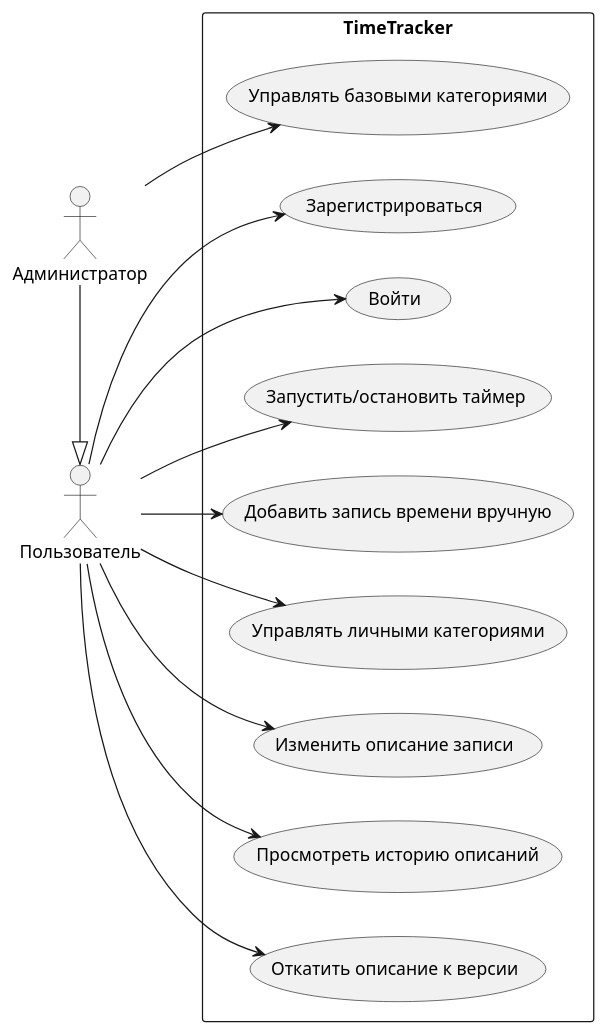
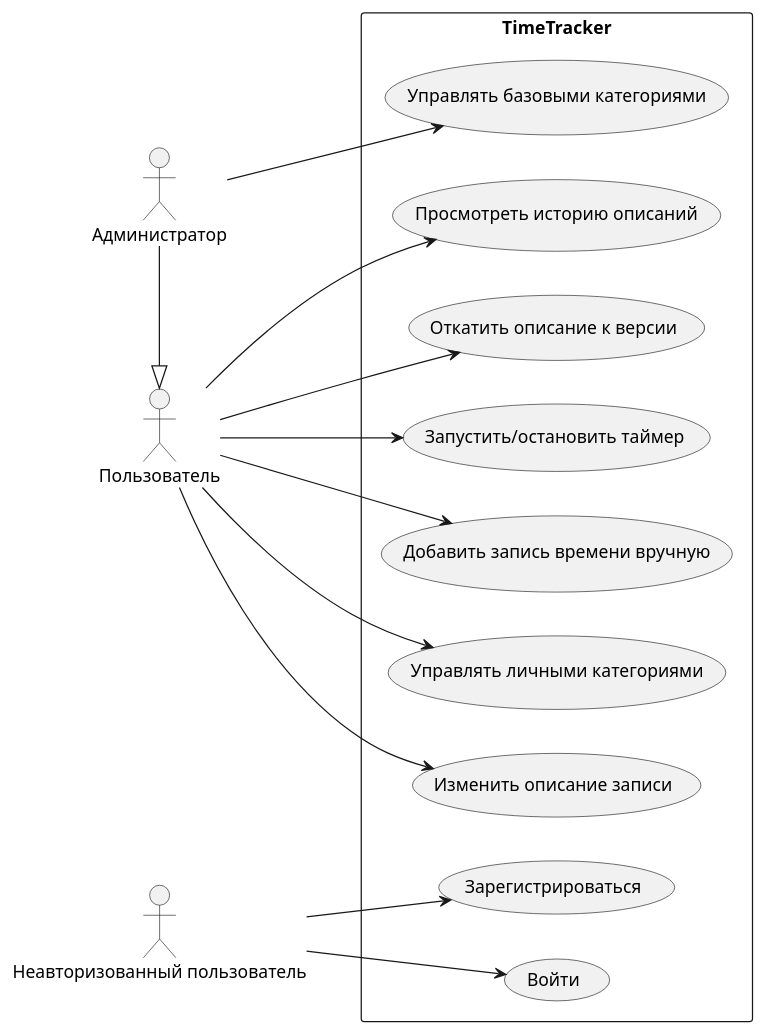
The diagram in docs/usecase.puml (da-fuu/IU7_7sem_Web), drawn with PlantUML before and after one commit. The commit also changed 15 other files, not shown here.

```diff
--- a/docs/usecase.puml
+++ b/docs/usecase.puml
@@ -1,33 +1,35 @@
 @startuml
 left to right direction
 skinparam packageStyle rectangle
 
+actor "Неавторизованный пользователь" as guest
 actor "Пользователь" as user
 actor "Администратор" as admin
 admin -|> user
 
 rectangle "TimeTracker" {
   usecase "Зарегистрироваться" as UC_Register
   usecase "Войти" as UC_Login
   usecase "Запустить/остановить таймер" as UC_Timer
   usecase "Добавить запись времени вручную" as UC_Manual
   usecase "Управлять личными категориями" as UC_ManageOwnCategories
   usecase "Изменить описание записи" as UC_UpdateDesc
   usecase "Просмотреть историю описаний" as UC_ViewHistory
   usecase "Откатить описание к версии" as UC_RollbackDesc
 
   usecase "Управлять базовыми категориями" as UC_ManageDefaultCategories
 }
 
-user --> UC_Register
-user --> UC_Login
+guest --> UC_Register
+guest --> UC_Login
+
 user --> UC_Timer
 user --> UC_Manual
 user --> UC_ManageOwnCategories
 user --> UC_UpdateDesc
 user --> UC_ViewHistory
 user --> UC_RollbackDesc
 
 admin --> UC_ManageDefaultCategories
 
 @enduml
```
